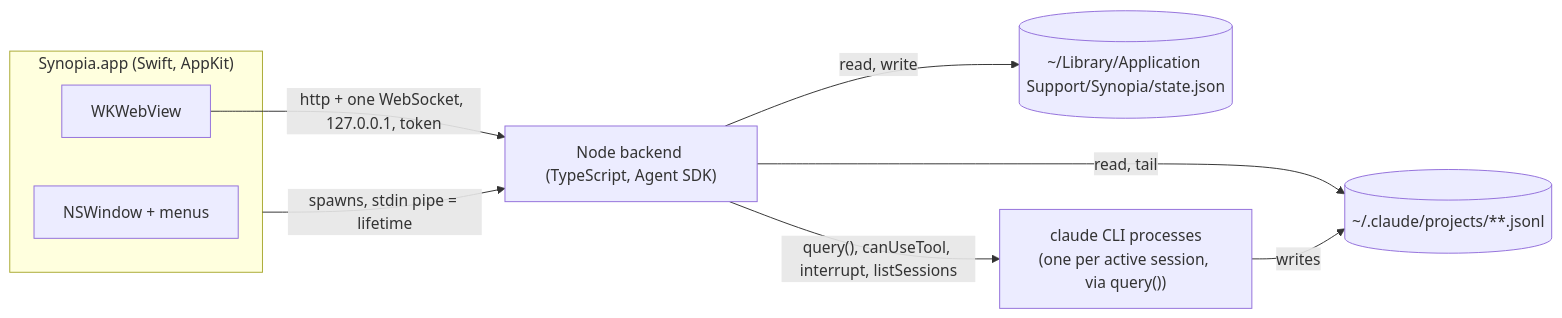
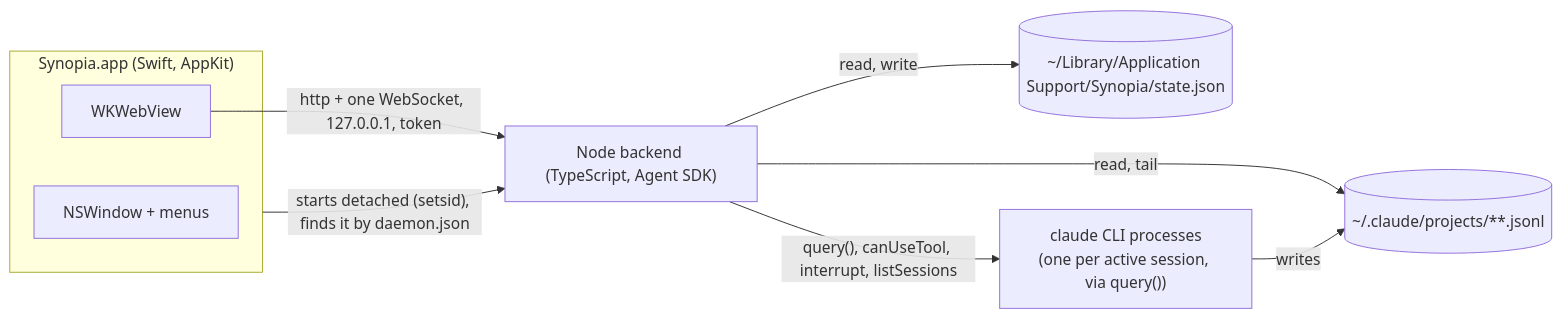
One commit to neaf/synopia changed the diagram in docs/technical-plan.md. Above: the diagram before and after it, drawn with Mermaid. The commit also changed other lines of this file and 15 other files, not shown here.

First line of the commit message:
[SYN daemon] Run the backend as a daemon that outlives the app

````diff
--- a/docs/technical-plan.md
+++ b/docs/technical-plan.md
@@ -53,17 +53,17 @@
 ```mermaid
 flowchart LR
   subgraph App["Synopia.app (Swift, AppKit)"]
     W[NSWindow + menus]
     V[WKWebView]
   end
   B["Node backend (TypeScript, Agent SDK)"]
   F[("~/.claude/projects/**.jsonl")]
   S[("~/Library/Application Support/Synopia/state.json")]
   Q["claude CLI processes\n(one per active session, via query())"]
-  App -- "spawns, stdin pipe = lifetime" --> B
+  App -- "starts detached (setsid), finds it by daemon.json" --> B
   V -- "http + one WebSocket, 127.0.0.1, token" --> B
   B -- "read, tail" --> F
   B -- "read, write" --> S
   B -- "query(), canUseTool, interrupt, listSessions" --> Q
   Q -- writes --> F
 ```
````
